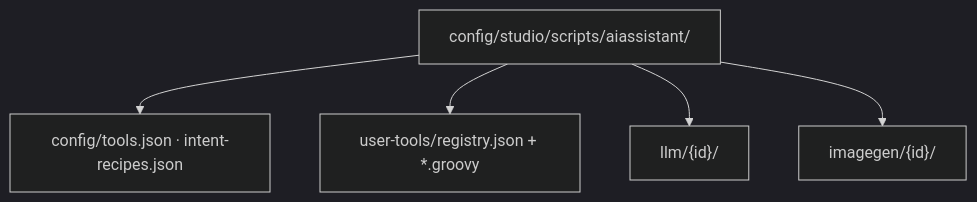
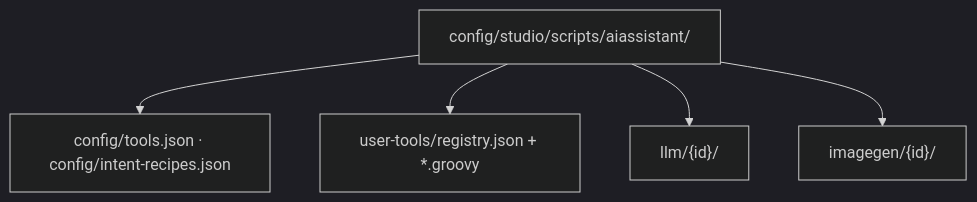
One commit to craftercms/ai-assistant-plugin changed the third of 3 diagrams in docs/internals/package-architecture.md. Above: the diagram before and after it, drawn with Mermaid (dark theme). The commit also changed other lines of this file and 30 other files, not shown here.

````diff
--- a/docs/internals/package-architecture.md
+++ b/docs/internals/package-architecture.md
@@ -98,8 +98,8 @@
 ```mermaid
 flowchart TB
   Root["config/studio/scripts/aiassistant/"]
-  Root --> Config["config/tools.json · intent-recipes.json"]
+  Root --> Config["config/tools.json · config/intent-recipes.json"]
   Root --> UT["user-tools/registry.json + *.groovy"]
   Root --> LLM["llm/{id}/"]
   Root --> IMG["imagegen/{id}/"]
 ```
````
